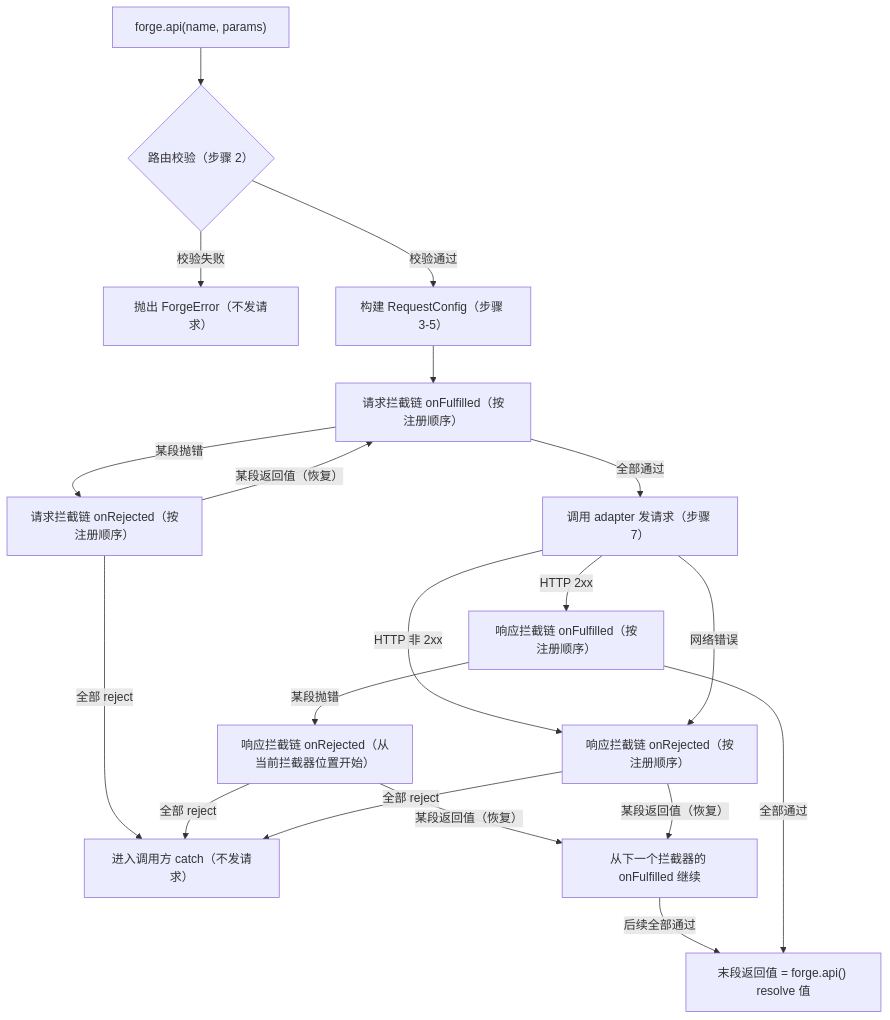
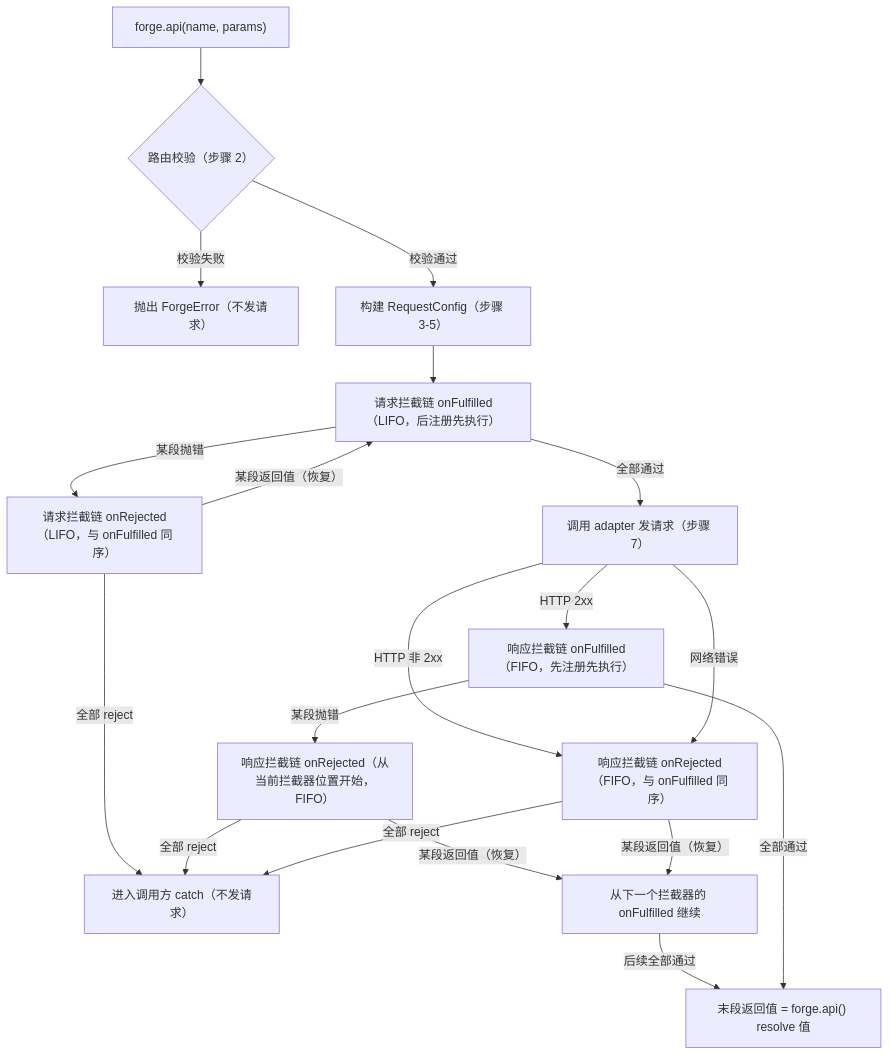
The diagram in .docs/SPEC.md (route-forge/route-forge), drawn with Mermaid before and after one commit. The commit also changed other lines of this file and 16 other files, not shown here.

````diff
--- a/.docs/SPEC.md
+++ b/.docs/SPEC.md
@@ -550,21 +550,21 @@
 ```mermaid
 graph TD
     A["forge.api(name, params)"] --> B{"路由校验（步骤 2）"}
     B -- " 校验失败 " --> C["抛出 ForgeError（不发请求）"]
     B -- " 校验通过 " --> D["构建 RequestConfig（步骤 3-5）"]
-    D --> E["请求拦截链 onFulfilled（按注册顺序）"]
-    E -- " 某段抛错 " --> F["请求拦截链 onRejected（按注册顺序）"]
+    D --> E["请求拦截链 onFulfilled（LIFO，后注册先执行）"]
+    E -- " 某段抛错 " --> F["请求拦截链 onRejected（LIFO，与 onFulfilled 同序）"]
     F -- " 某段返回值（恢复） " --> E
     F -- " 全部 reject " --> G["进入调用方 catch（不发请求）"]
     E -- " 全部通过 " --> H["调用 adapter 发请求（步骤 7）"]
-    H -- " HTTP 2xx " --> I["响应拦截链 onFulfilled（按注册顺序）"]
-    H -- " HTTP 非 2xx " --> J["响应拦截链 onRejected（按注册顺序）"]
+    H -- " HTTP 2xx " --> I["响应拦截链 onFulfilled（FIFO，先注册先执行）"]
+    H -- " HTTP 非 2xx " --> J["响应拦截链 onRejected（FIFO，与 onFulfilled 同序）"]
     H -- " 网络错误 " --> J
-    I -- " 某段抛错 " --> K["响应拦截链 onRejected（从当前拦截器位置开始）"]
+    I -- " 某段抛错 " --> K["响应拦截链 onRejected（从当前拦截器位置开始，FIFO）"]
     K -- " 某段返回值（恢复） " --> L["从下一个拦截器的 onFulfilled 继续"]
     K -- " 全部 reject " --> G
     J -- " 某段返回值（恢复） " --> L
     J -- " 全部 reject " --> G
     L -- " 后续全部通过 " --> M["末段返回值 = forge.api() resolve 值"]
     I -- " 全部通过 " --> M
 ```
````
